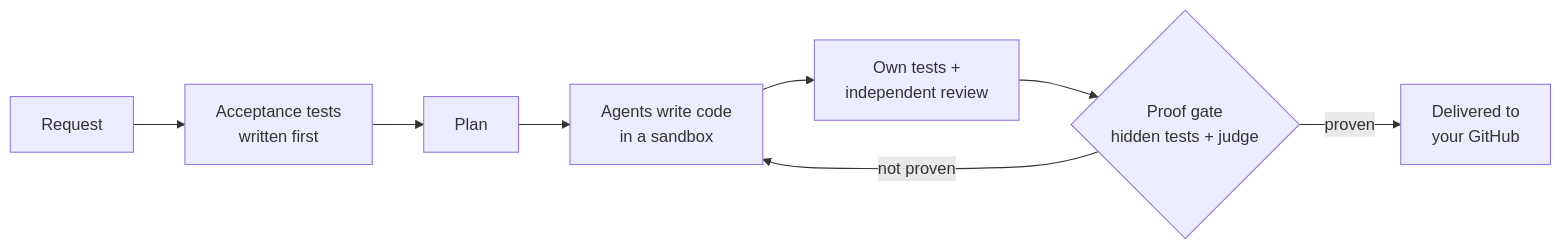
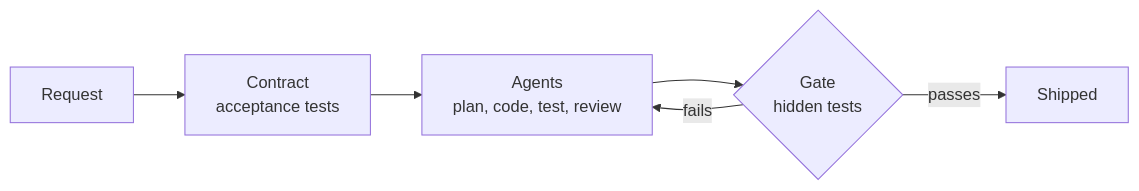
Before and after one commit to Ayush1906saxena/Ayush1906saxena: the diagram in readme.md, drawn with Mermaid. The commit also changed other lines of this file, not shown here.

````diff
--- a/readme.md
+++ b/readme.md
@@ -23,10 +22,8 @@
 ```mermaid
 flowchart LR
-    A[Request] --> B[Acceptance tests<br/>written first]
-    B --> C[Plan]
-    C --> D[Agents write code<br/>in a sandbox]
-    D --> E[Own tests +<br/>independent review]
-    E --> F{Proof gate<br/>hidden tests + judge}
-    F -- not proven --> D
-    F -- proven --> G[Delivered to<br/>your GitHub]
+    A[Request] --> B[Contract<br/>acceptance tests]
+    B --> C[Agents<br/>plan, code, test, review]
+    C --> D{Gate<br/>hidden tests}
+    D -- fails --> C
+    D -- passes --> E[Shipped]
 ```
````
